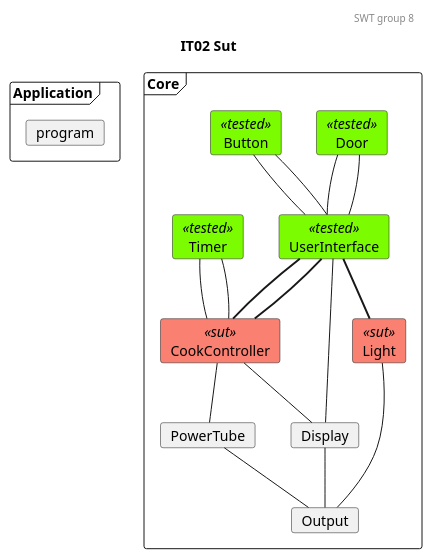
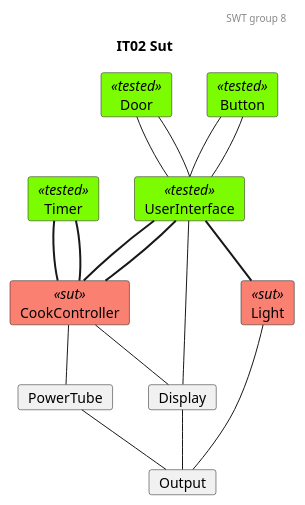
The diagram in docs/SysTestTree2.plantuml (mikkel-ol/I4SWT-MicrowaveOven), drawn with PlantUML before and after one commit. The commit also changed 1 other file, not shown here.

```diff
--- a/docs/SysTestTree2.plantuml
+++ b/docs/SysTestTree2.plantuml
@@ -1,75 +1,68 @@
 @startuml IT02-Sut
 
 'Testing colors:
 skinparam card {
     backgroundColor<<tested>> lawngreen
     backgroundColor<<sut>> salmon
     backgroundColor<<test>> salmon
     backgroundColor<<fake>> gold
 }
 
 header SWT group 8
 title IT02 Sut
 
-frame Application {
-    card program
-}
-
-frame Core {
 '0.
     card Door<<tested>>
     card Button<<tested>>
     card Timer<<tested>>
 
 '1.
     card UserInterface<<tested>>
 
 '2.
     card CookController<<sut>>
     card Light<<sut>>
 
 '3.
     card PowerTube
     card Display
 
 '4 
     card Output
 
 'Relations projects
 ' 0. to 1.
 Door -- UserInterface
 Door -- UserInterface
 
 Button -- UserInterface
 Button -- UserInterface
 
 
 'Relations CookController:
 '1.
 UserInterface -[thickness=2]- CookController
 UserInterface -[thickness=2]- CookController
 
 '1. to 3.
 'Door -[thickness=2]- CookController
 
-Timer -- CookController
-Timer -- CookController
+Timer -[thickness=2]- CookController
+Timer -[thickness=2]- CookController
 
 
 CookController -- PowerTube
 
 '1. to 2.
 UserInterface -- Display
 UserInterface -[thickness=2]- Light
 CookController -- Display
 
 
 
 ' Relations 2. to 3.
 Light -- Output
 Display -- Output
 PowerTube -- Output
 
-
-
 @enduml
```
